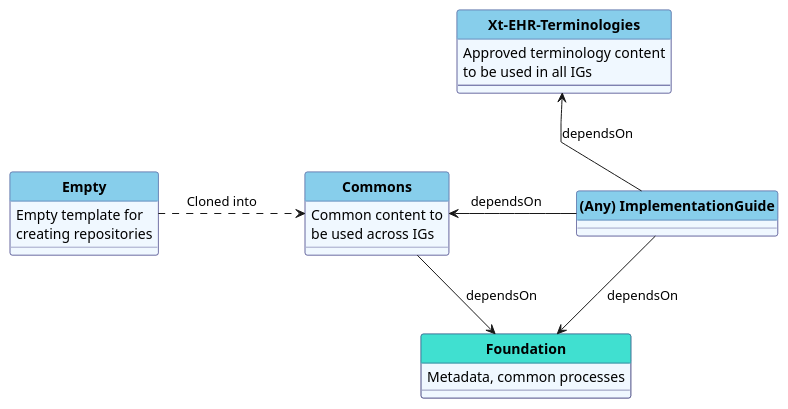
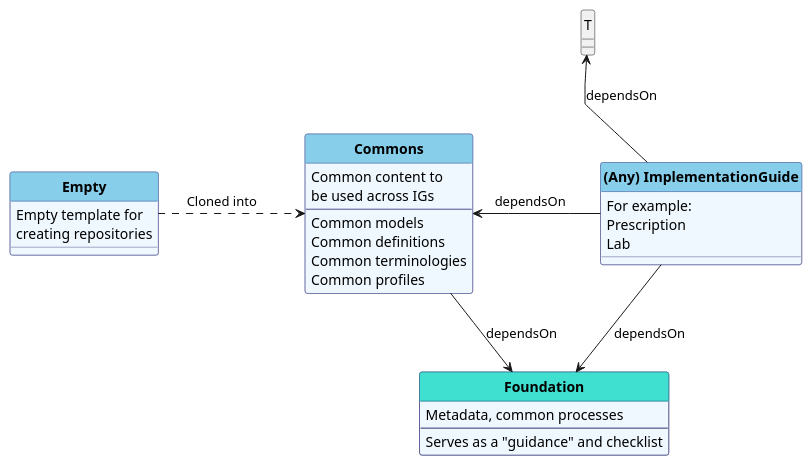
One commit to Xt-EHR/xt-ehr-metadata changed the diagram in input/images-source/ig_setup.plantuml. Above: the diagram before and after it, drawn with PlantUML.

```diff
--- a/input/images-source/ig_setup.plantuml
+++ b/input/images-source/ig_setup.plantuml
@@ -1,96 +1,99 @@
 @startuml
 'skinparam linetype ortho
 skinparam linetype polyline
 hide circle
 hide stereotype
 
 '!pragma layout smetana
 
 skinparam class<<MD>> {
  BorderColor DarkSlateGray
  BackgroundColor WhiteSmoke
  HeaderBackgroundColor #909090
 }
 
 skinparam class<<TM>> {
  BorderColor #505090
  BackgroundColor AliceBlue
  HeaderBackgroundColor SkyBlue
 }
 
 
 skinparam class<<TM+>> {
  BorderColor #303070  
  BackgroundColor AliceBlue
  HeaderBackgroundColor Turquoise 
 }
 
 
-
-     class "**Xt-EHR-Terminologies**" as T<<TM>> {
-         Approved terminology content
-         to be used in all IGs 
-         --
-    }
-
     class "**Foundation**" as Base<<TM+>> {
         Metadata, common processes
+        --
+        Serves as a "guidance" and checklist
     }
 
 
     class "**Commons**" as CE<<TM>> {
         Common content to 
-be used across IGs
+ be used across IGs
+--
+   Common models
+   Common definitions
+   Common terminologies
+   Common profiles
     }
 
 
     class "**Empty**" as E<<TM>> {
         Empty template for 
 creating repositories
     }
 
 
     class "**(Any) ImplementationGuide**" as IG<<TM>> {
+    For example:
+    Prescription
+    Lab
     }
 
 
 
     ' class "**PublicationRepo**" as Pub<<MD>> {
     '   Webroot content repository
     '   for published releases (html)
     '   --
     ' }
 
 
 ' We con't want IGs to define on StarterKit
 ' Common contains instances of SGPersona
 
 
 
 T  .d[hidden].> CE
 E  .r.> CE: "   Cloned into         "
 'E  .u.> T: "   Cloned into         "
 
 
 
 'E  .r.> IG: "Cloned into"
 'E .r.> Base: "Cloned into"
 CE --> Base: "dependsOn"
 IG --> Base: "dependsOn"
 IG -u-> T: "dependsOn"
 'IG .r.> Pub : "                "
 T -d[hidden]-> IG : "           "
 CE <-r- IG : " dependsOn     "
 
 
 
 
 
 'C -u-> Core 
 
 
 'IG  <.. CE: "   Cloned into         "
 
 
 
 @enduml
```
